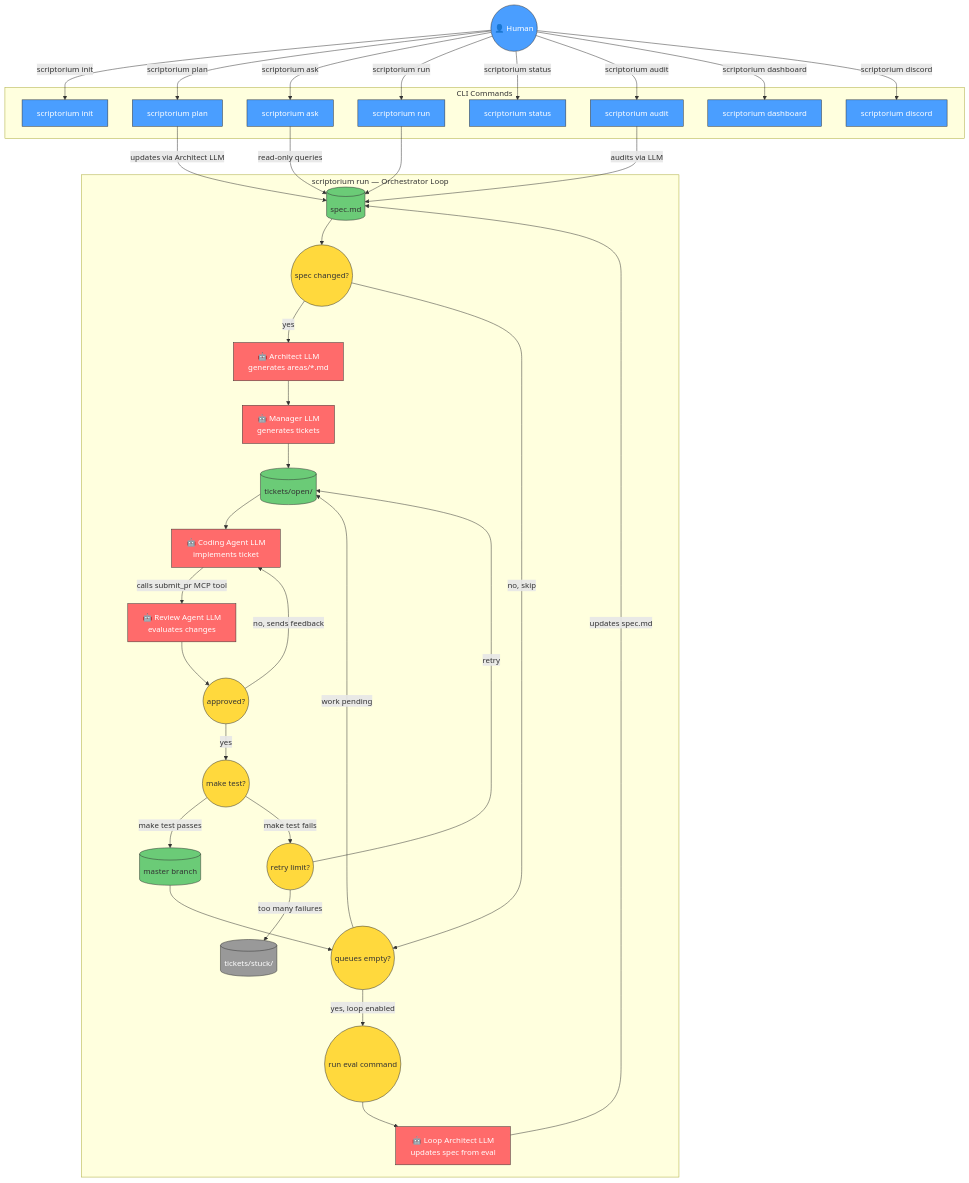
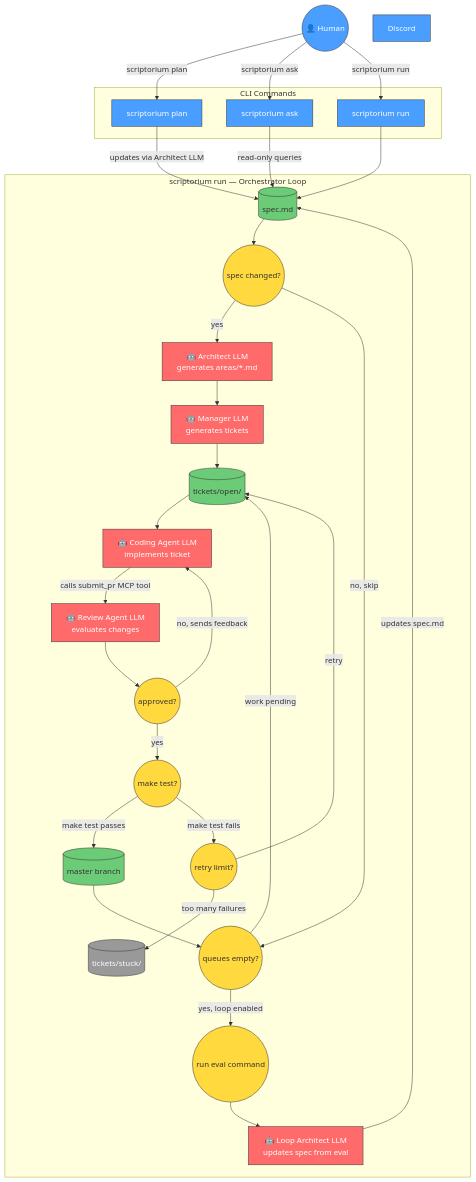
Before and after one commit to monofuel/scriptorium: the diagram in README.md, drawn with Mermaid.

Commit message:
docs: simplify workflow diagram — remove unimplemented/utility commands

```diff
--- a/README.md
+++ b/README.md
@@ -11,14 +11,9 @@
     Human(("👤 Human"))
 
     subgraph "CLI Commands"
-        Init["scriptorium init"]
         Plan["scriptorium plan"]
         Ask["scriptorium ask"]
         Run["scriptorium run"]
-        Status["scriptorium status"]
-        Audit["scriptorium audit"]
-        Dashboard["scriptorium dashboard"]
-        Discord["scriptorium discord"]
     end
 
     subgraph "scriptorium run — Orchestrator Loop"
@@ -39,18 +34,12 @@
         Loop["🤖 Loop Architect LLM\nupdates spec from eval"]
     end
 
-    Human -->|"scriptorium init"| Init
     Human -->|"scriptorium plan"| Plan
     Human -->|"scriptorium ask"| Ask
     Human -->|"scriptorium run"| Run
-    Human -->|"scriptorium status"| Status
-    Human -->|"scriptorium audit"| Audit
-    Human -->|"scriptorium dashboard"| Dashboard
-    Human -->|"scriptorium discord"| Discord
 
     Plan -->|"updates via Architect LLM"| Spec
     Ask -->|"read-only queries"| Spec
-    Audit -->|"audits via LLM"| Spec
     Run --> Spec
 
     Spec --> SpecChanged
@@ -81,11 +70,7 @@
     style Loop fill:#ff6b6b,stroke:#333,color:#fff
     style Plan fill:#4a9eff,stroke:#333,color:#fff
     style Ask fill:#4a9eff,stroke:#333,color:#fff
-    style Init fill:#4a9eff,stroke:#333,color:#fff
     style Run fill:#4a9eff,stroke:#333,color:#fff
-    style Status fill:#4a9eff,stroke:#333,color:#fff
-    style Audit fill:#4a9eff,stroke:#333,color:#fff
-    style Dashboard fill:#4a9eff,stroke:#333,color:#fff
     style Discord fill:#4a9eff,stroke:#333,color:#fff
     style SpecChanged fill:#ffd93d,stroke:#333,color:#333
     style Approved fill:#ffd93d,stroke:#333,color:#333
```
